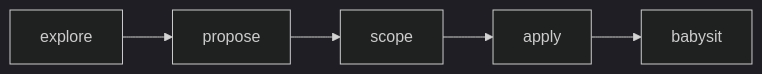
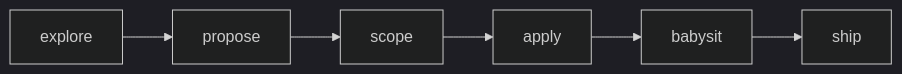
One commit to chroline/oliver changed the diagram in skills/oliverspec/README.md. Above: the diagram before and after it, drawn with Mermaid (dark theme). The commit also changed other lines of this file and 4 other files, not shown here.

````diff
--- a/skills/oliverspec/README.md
+++ b/skills/oliverspec/README.md
@@ -7,4 +7,4 @@
 ```mermaid
 flowchart LR
-  explore --> propose --> scope --> apply --> babysit
+  explore --> propose --> scope --> apply --> babysit --> ship
 ```
````
